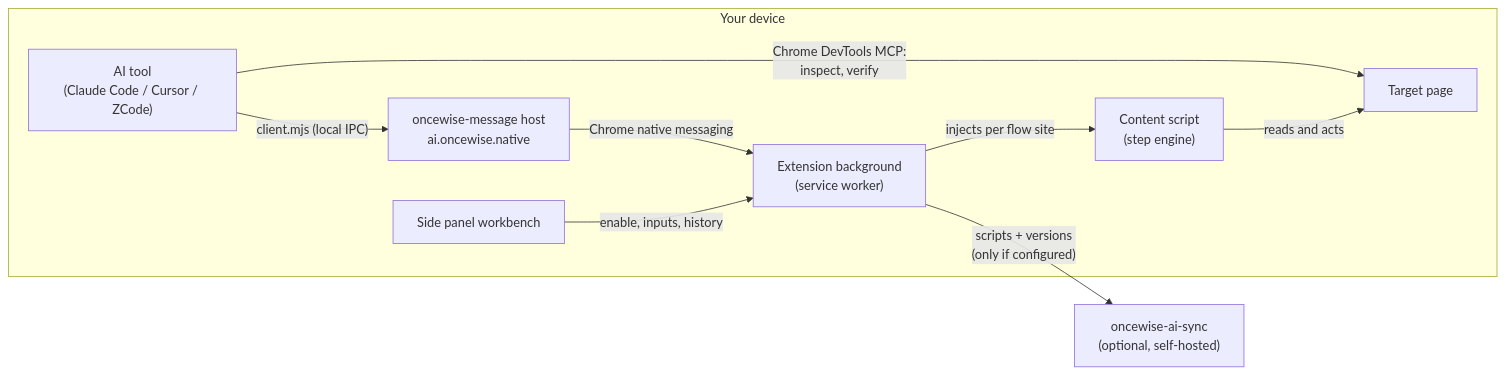
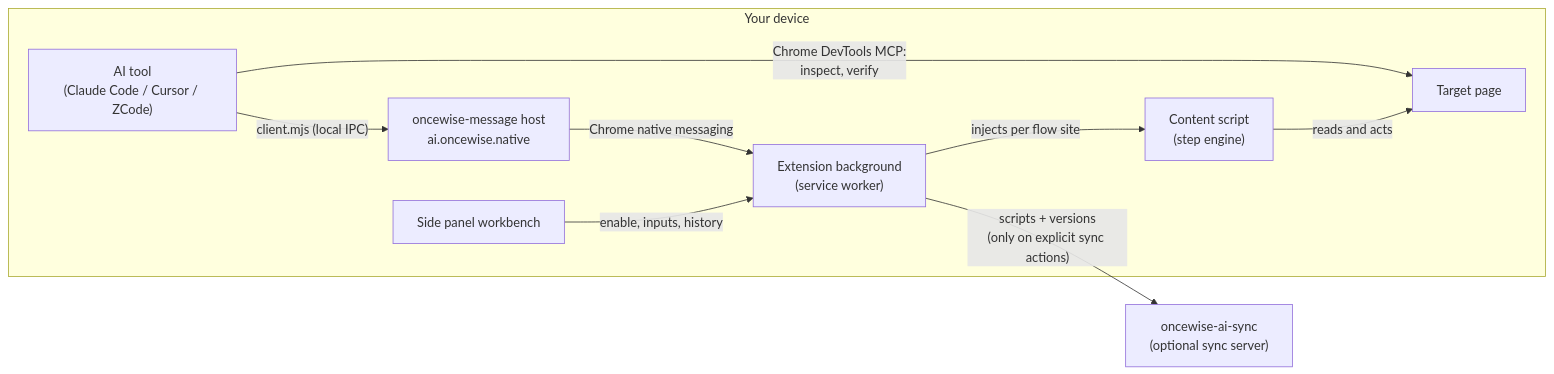
One commit to timzaak/OnceWise changed the diagram in docs-web/content/docs/architecture.mdx. Above: the diagram before and after it, drawn with Mermaid. The commit also changed other lines of this file and 27 other files, not shown here.

````diff
--- a/docs-web/content/docs/architecture.mdx
+++ b/docs-web/content/docs/architecture.mdx
@@ -8,20 +8,20 @@
 ```mermaid
 flowchart LR
   subgraph device["Your device"]
     agent["AI tool<br/>(Claude Code / Cursor / ZCode)"]
     host["oncewise-message host<br/>ai.oncewise.native"]
     bg["Extension background<br/>(service worker)"]
     sp["Side panel workbench"]
     ct["Content script<br/>(step engine)"]
     page["Target page"]
   end
-  sync["oncewise-ai-sync<br/>(optional, self-hosted)"]
+  sync["oncewise-ai-sync<br/>(optional sync server)"]
 
   agent -- "Chrome DevTools MCP:<br/>inspect, verify" --> page
   agent -- "client.mjs (local IPC)" --> host
   host -- "Chrome native messaging" --> bg
   bg -- "injects per flow site" --> ct
   ct -- "reads and acts" --> page
   sp -- "enable, inputs, history" --> bg
-  bg -- "scripts + versions<br/>(only if configured)" --> sync
+  bg -- "scripts + versions<br/>(only on explicit sync actions)" --> sync
 ```
````
